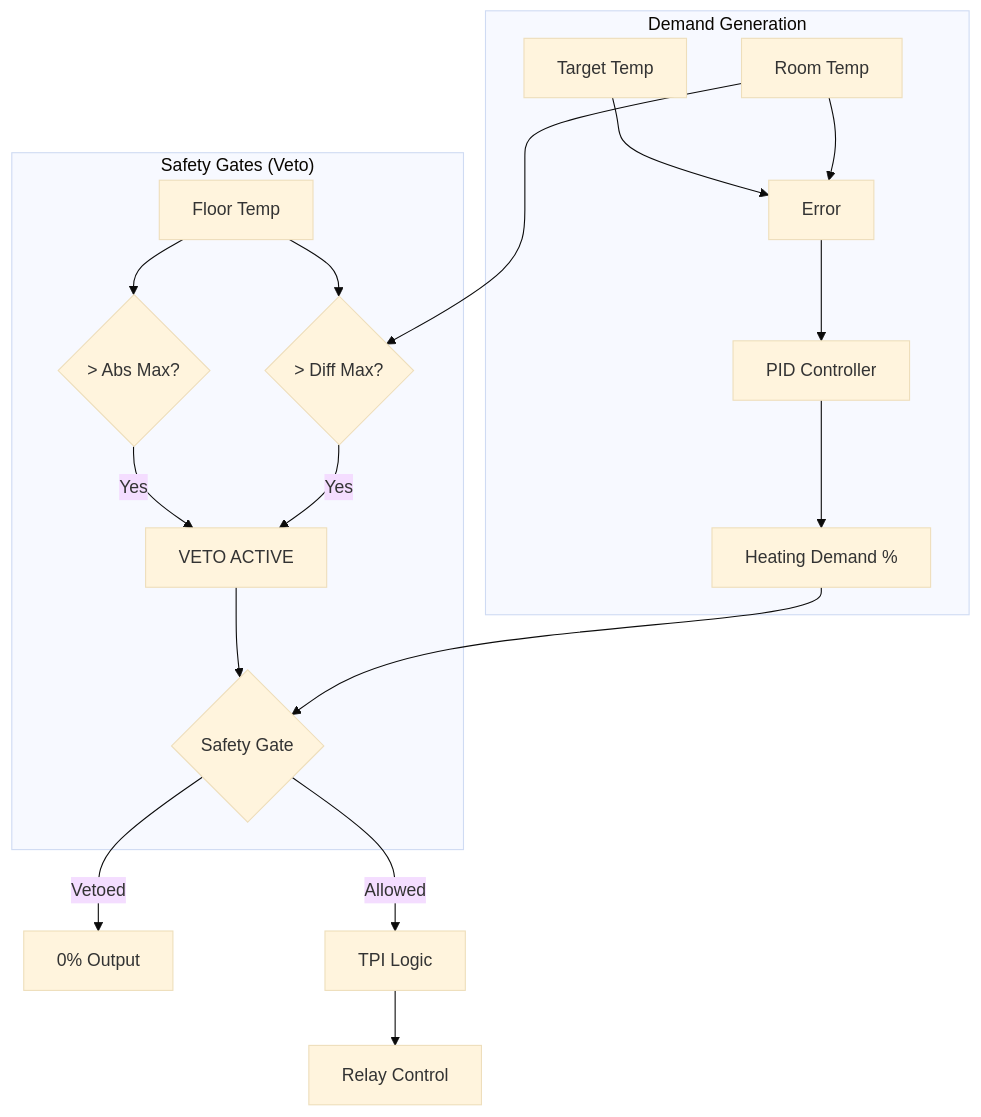
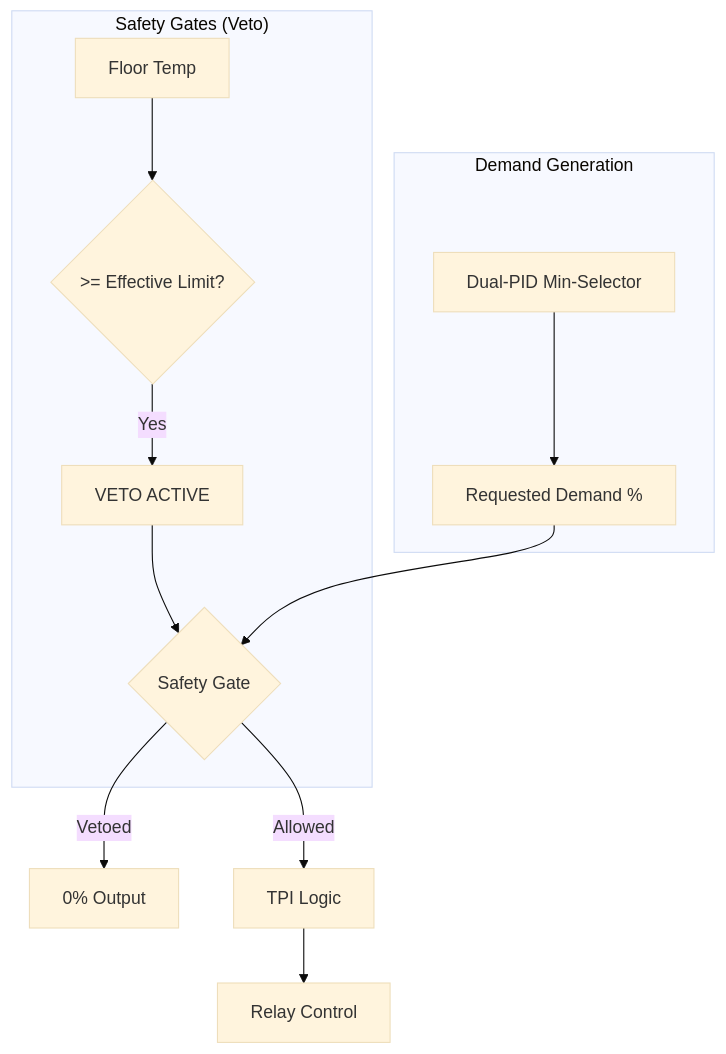
One commit to jellespijker/IR-floor-heating changed the first of 2 diagrams in README.md. Above: the diagram before and after it, drawn with Mermaid (base theme). The commit also changed other lines of this file, not shown here.

Commit message:
feat: Enhance Veto Architecture description and update configuration parameters

````diff
--- a/README.md
+++ b/README.md
@@ -45,25 +45,17 @@
 ```mermaid
 graph TD
     subgraph "Demand Generation"
-        Target[Target Temp] --> Error
-        Room[Room Temp] --> Error
-        Error --> PID[PID Controller]
-        PID --> Demand[Heating Demand %]
+        DualPID[Dual-PID Min-Selector] --> Demand[Requested Demand %]
     end
 
     subgraph "Safety Gates (Veto)"
-        Floor[Floor Temp] --> CheckAbs{> Abs Max?}
-        Floor --> CheckDiff{> Diff Max?}
-        Room --> CheckDiff
-
-        CheckAbs -- Yes --> Veto[VETO ACTIVE]
-        CheckDiff -- Yes --> Veto
-
+        Floor[Floor Temp] --> CheckLimit{>= Effective Limit?}
+        CheckLimit -- Yes --> Veto[VETO ACTIVE]
         Veto --> Gate{Safety Gate}
     end
 
     Demand --> Gate
     Gate -- Vetoed --> Zero[0% Output]
     Gate -- Allowed --> TPI[TPI Logic]
     TPI --> Relay[Relay Control]
 ```
````
